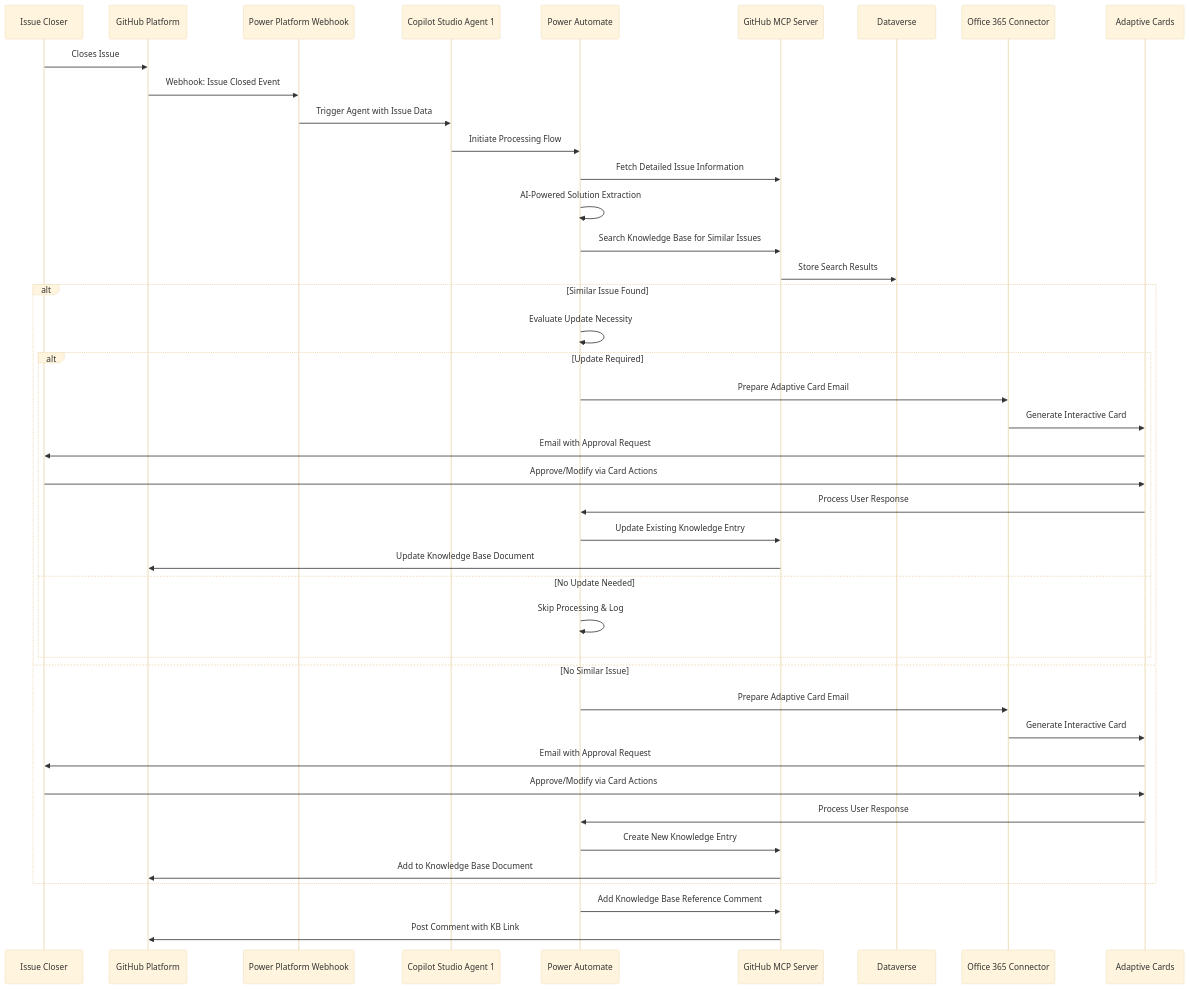
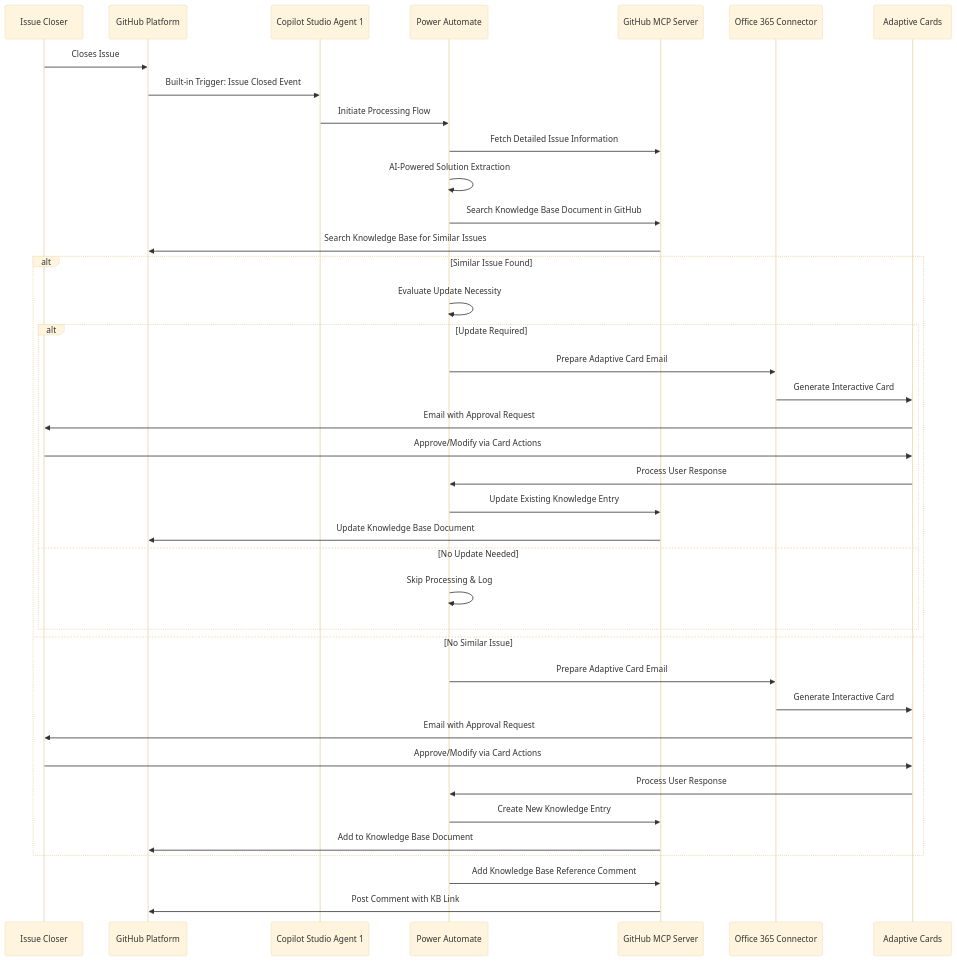
Before and after one commit to microsoft/Power-CAT-Copilot-Studio-Kit: the second of 3 diagrams in AutonomousGitHubIssueManagementAgents.md, drawn with Mermaid (base theme). The commit also changed other lines of this file, not shown here.

First line of the commit message:
Revise Autonomous GitHub Issue Management Agents document

````diff
--- a/AutonomousGitHubIssueManagementAgents.md
+++ b/AutonomousGitHubIssueManagementAgents.md
@@ -327,47 +112,44 @@
 ```mermaid
 sequenceDiagram
     participant User as Issue Closer
     participant GitHub as GitHub Platform
-    participant PP_Webhook as Power Platform Webhook
     participant CS1 as Copilot Studio Agent 1
     participant PA as Power Automate
     participant MCP as GitHub MCP Server
-    participant DV as Dataverse
     participant O365 as Office 365 Connector
     participant AC as Adaptive Cards
-    
+
     User->>GitHub: Closes Issue
-    GitHub->>PP_Webhook: Webhook: Issue Closed Event
-    PP_Webhook->>CS1: Trigger Agent with Issue Data
+    GitHub->>CS1: Built-in Trigger: Issue Closed Event
     CS1->>PA: Initiate Processing Flow
     PA->>MCP: Fetch Detailed Issue Information
     PA->>PA: AI-Powered Solution Extraction
-    PA->>MCP: Search Knowledge Base for Similar Issues
-    MCP->>DV: Store Search Results
-    
+    PA->>MCP: Search Knowledge Base Document in GitHub
+    MCP->>GitHub: Search Knowledge Base for Similar Issues
+
     alt Similar Issue Found
         PA->>PA: Evaluate Update Necessity
         alt Update Required
             PA->>O365: Prepare Adaptive Card Email
             O365->>AC: Generate Interactive Card
             AC->>User: Email with Approval Request
             User->>AC: Approve/Modify via Card Actions
             AC->>PA: Process User Response
             PA->>MCP: Update Existing Knowledge Entry
             MCP->>GitHub: Update Knowledge Base Document
         else No Update Needed
             PA->>PA: Skip Processing & Log
         end
     else No Similar Issue
         PA->>O365: Prepare Adaptive Card Email
         O365->>AC: Generate Interactive Card
         AC->>User: Email with Approval Request
         User->>AC: Approve/Modify via Card Actions
         AC->>PA: Process User Response
         PA->>MCP: Create New Knowledge Entry
         MCP->>GitHub: Add to Knowledge Base Document
     end
-    
+
     PA->>MCP: Add Knowledge Base Reference Comment
     MCP->>GitHub: Post Comment with KB Link
 ```
````
